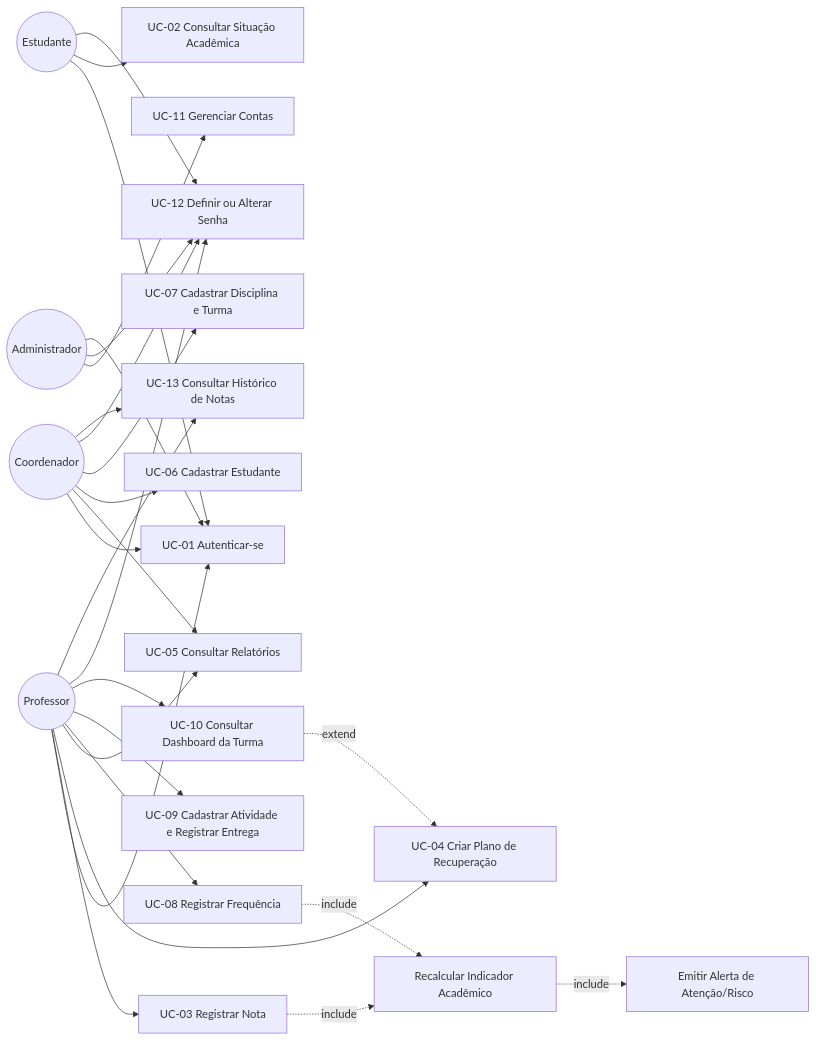
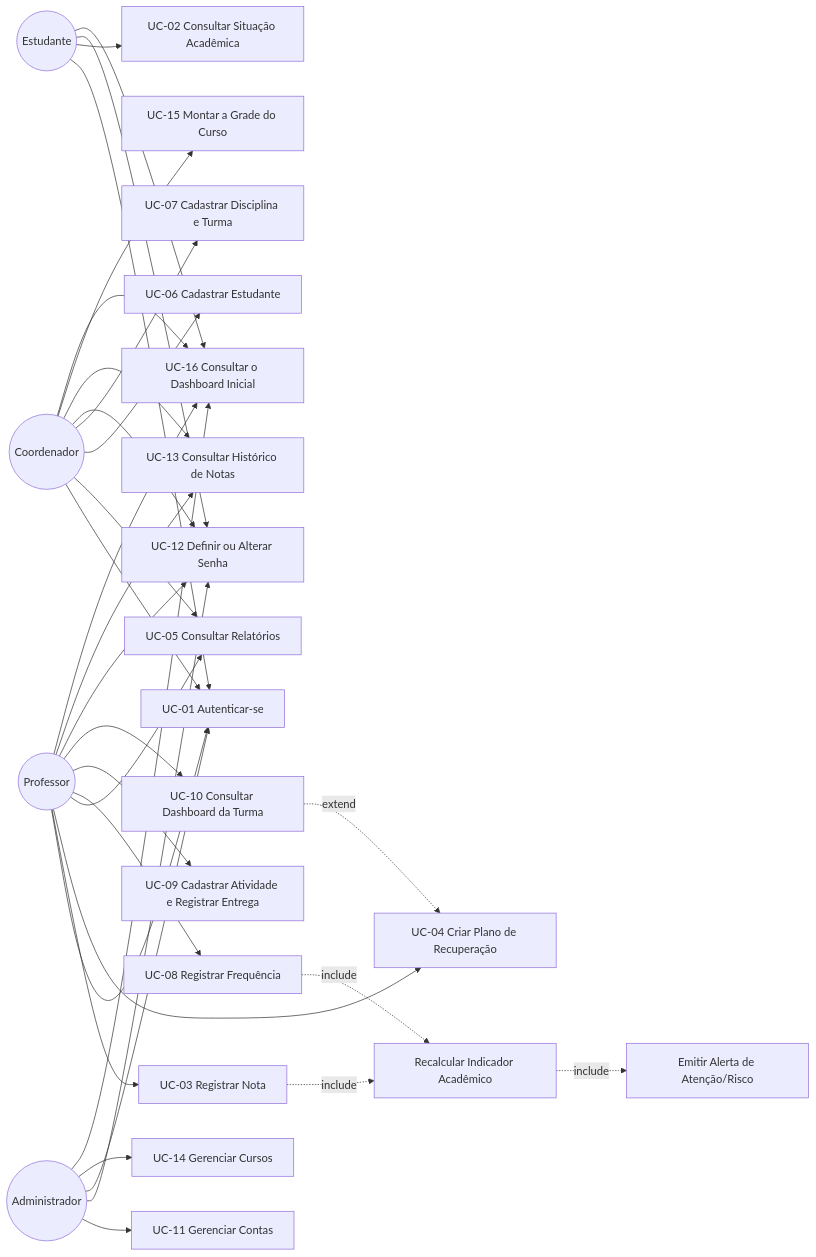
Before and after one commit to Arthurcl07/Study_Track_Project: the diagram in docs/casos-de-uso/casos-de-uso.md, drawn with Mermaid. The commit also changed other lines of this file and 14 other files, not shown here.

````diff
--- a/docs/casos-de-uso/casos-de-uso.md
+++ b/docs/casos-de-uso/casos-de-uso.md
@@ -5,34 +5,40 @@
 ```mermaid
 flowchart LR
     Estudante((Estudante))
     Professor((Professor))
     Coordenador((Coordenador))
 
     Estudante --> UC1[UC-01 Autenticar-se]
     Professor --> UC1
     Coordenador --> UC1
 
     Estudante --> UC2[UC-02 Consultar Situação Acadêmica]
     Professor --> UC3[UC-03 Registrar Nota]
     Professor --> UC4[UC-04 Criar Plano de Recuperação]
     Professor --> UC5[UC-05 Consultar Relatórios]
     Coordenador --> UC5
     Coordenador --> UC6[UC-06 Cadastrar Estudante]
     Coordenador --> UC7[UC-07 Cadastrar Disciplina e Turma]
     Professor --> UC8[UC-08 Registrar Frequência]
     Professor --> UC9[UC-09 Cadastrar Atividade e Registrar Entrega]
     Professor --> UC10[UC-10 Consultar Dashboard da Turma]
     Administrador((Administrador)) --> UC11[UC-11 Gerenciar Contas]
     Estudante --> UC12[UC-12 Definir ou Alterar Senha]
     Professor --> UC12
     Coordenador --> UC12
     Administrador --> UC12
     Professor --> UC13[UC-13 Consultar Histórico de Notas]
     Coordenador --> UC13
     Administrador --> UC1
+    Administrador --> UC14[UC-14 Gerenciar Cursos]
+    Coordenador --> UC15[UC-15 Montar a Grade do Curso]
+    Estudante --> UC16[UC-16 Consultar o Dashboard Inicial]
+    Professor --> UC16
+    Coordenador --> UC16
+    Administrador --> UC16
 
     UC3 -.include.-> REC[Recalcular Indicador Acadêmico]
     UC8 -.include.-> REC
     REC -.include.-> ALE[Emitir Alerta de Atenção/Risco]
     UC10 -.extend.-> UC4
 ```
````
